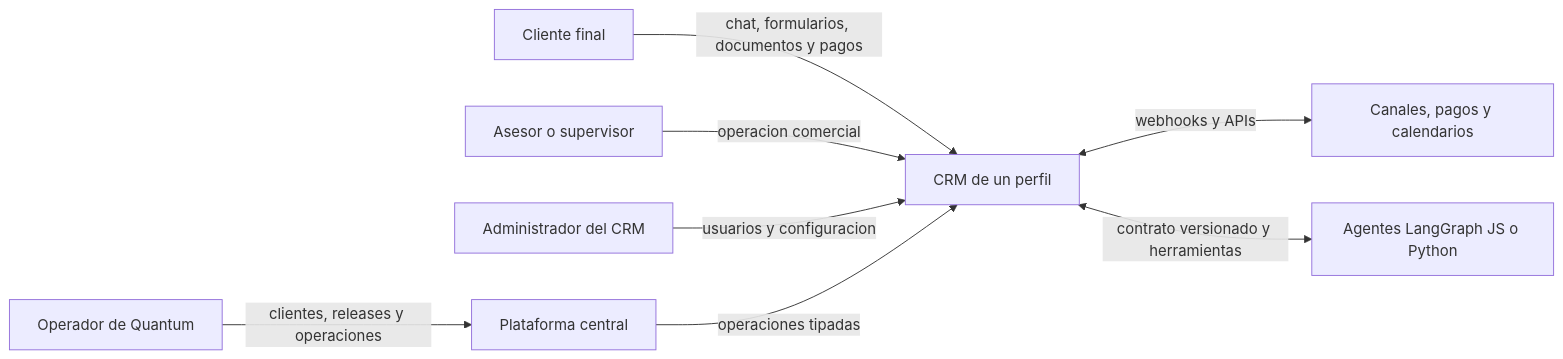
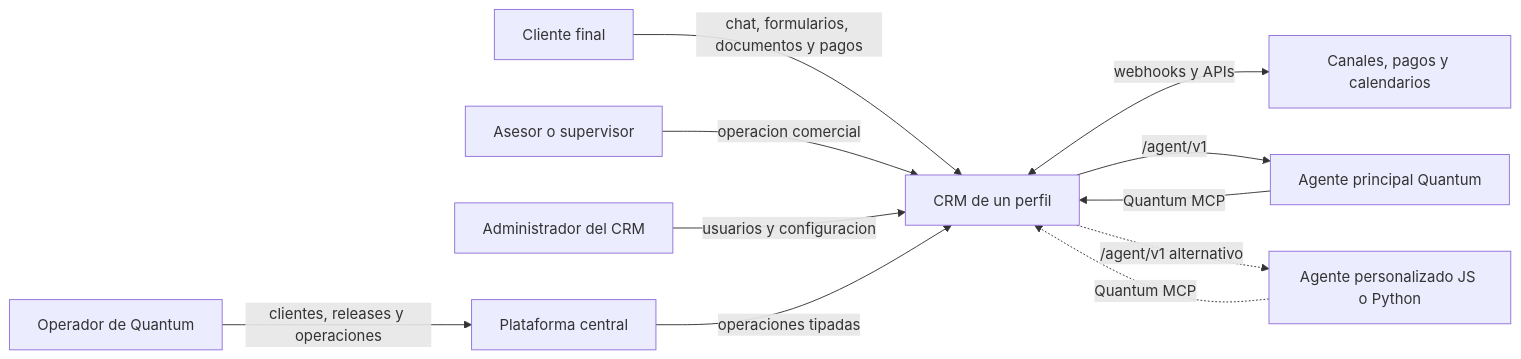
One commit to yvalois/quantum-crm changed the first of 8 diagrams in docs/08-arquitectura/mapa-del-sistema.md. Above: the diagram before and after it, drawn with Mermaid. The commit also changed other lines of this file and 20 other files, not shown here.

Commit message:
docs(agents): define native LangGraph MCP architecture (PROY-018)

````diff
--- a/docs/08-arquitectura/mapa-del-sistema.md
+++ b/docs/08-arquitectura/mapa-del-sistema.md
@@ -9,20 +9,24 @@
 ```mermaid
 flowchart LR
     customer[Cliente final]
     advisor[Asesor o supervisor]
     tenantAdmin[Administrador del CRM]
     operator[Operador de Quantum]
     providers[Canales, pagos y calendarios]
-    agents[Agentes LangGraph JS o Python]
+    agent[Agente principal Quantum]
+    custom[Agente personalizado JS o Python]
 
     crm[CRM de un perfil]
     platform[Plataforma central]
 
     customer -->|chat, formularios, documentos y pagos| crm
     advisor -->|operacion comercial| crm
     tenantAdmin -->|usuarios y configuracion| crm
     operator -->|clientes, releases y operaciones| platform
     crm <-->|webhooks y APIs| providers
-    crm <-->|contrato versionado y herramientas| agents
+    crm -->|/agent/v1| agent
+    agent -->|Quantum MCP| crm
+    crm -.->|/agent/v1 alternativo| custom
+    custom -.->|Quantum MCP| crm
     platform -->|operaciones tipadas| crm
 ```
````
